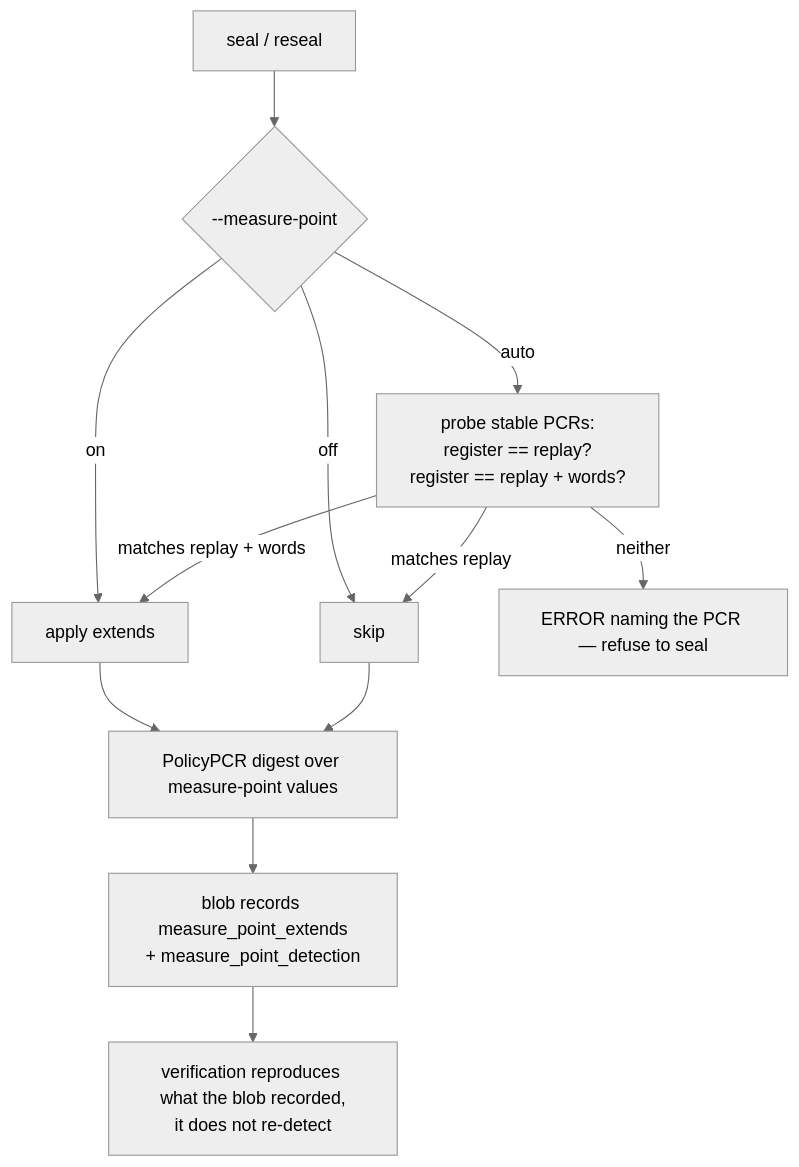
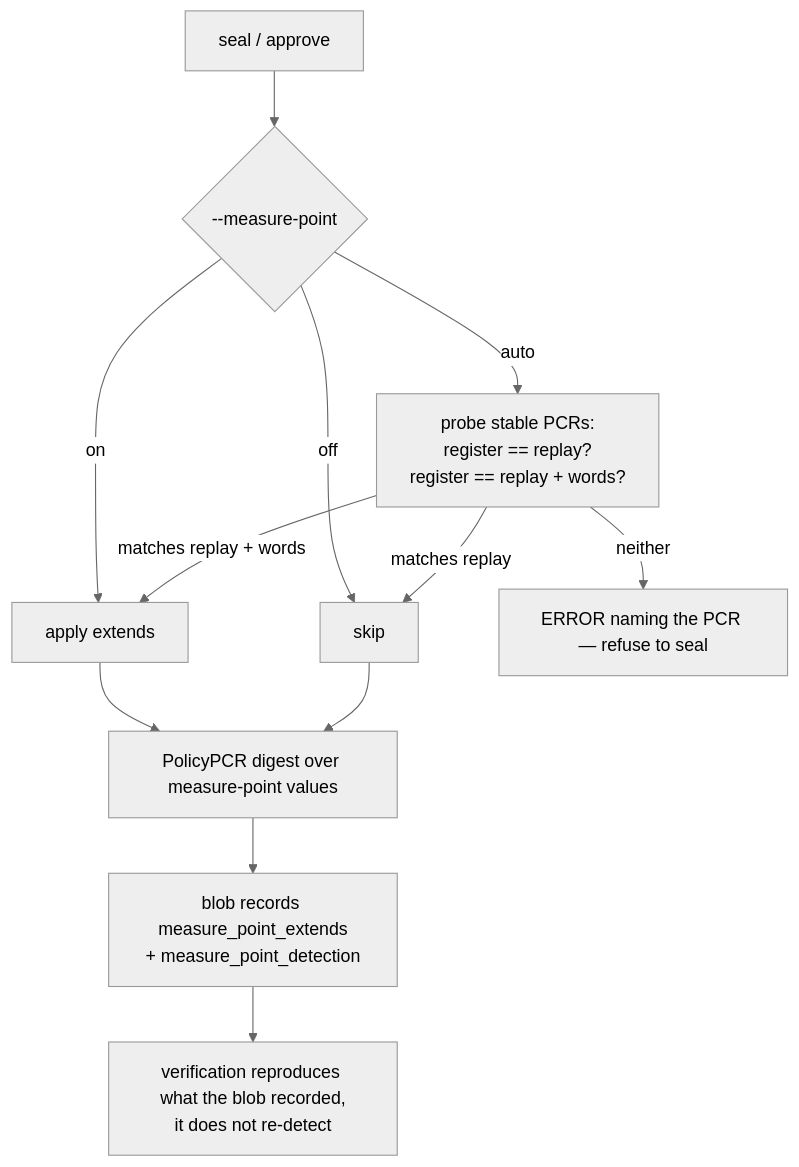
Before and after one commit to mrwiora/tpm2-kira: the third of 3 diagrams in docs/SECURITY-BACKGROUND.md, drawn with Mermaid (neutral theme). The commit also changed other lines of this file and 82 other files, not shown here.

````diff
--- a/docs/SECURITY-BACKGROUND.md
+++ b/docs/SECURITY-BACKGROUND.md
@@ -799,14 +799,14 @@
 ```mermaid
 flowchart TD
-    S["seal / reseal"] --> M{"--measure-point"}
+    S["seal / approve"] --> M{"--measure-point"}
     M -->|on| AP["apply extends"]
     M -->|off| SK["skip"]
     M -->|auto| P["probe stable PCRs:<br/>register == replay?<br/>register == replay + words?"]
     P -->|"matches replay"| SK
     P -->|"matches replay + words"| AP
     P -->|neither| ERR["ERROR naming the PCR — refuse to seal"]
     AP --> POL["PolicyPCR digest over measure-point values"]
     SK --> POL
     POL --> BLOB["blob records measure_point_extends<br/>+ measure_point_detection"]
     BLOB --> V["verification reproduces what the blob recorded,<br/>it does not re-detect"]
 ```
````
